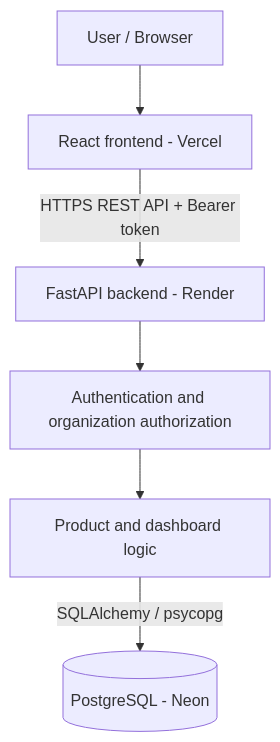
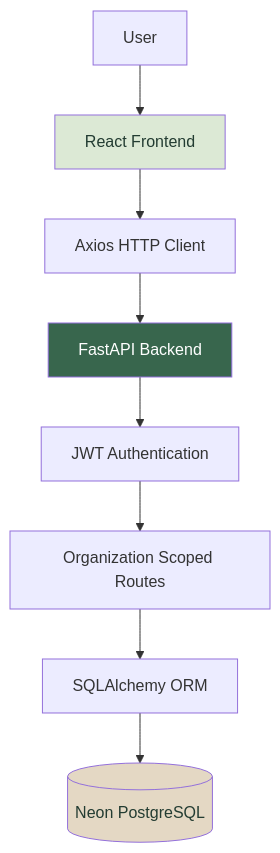
Before and after one commit to praneethareddy507/StockFlow: the first of 2 diagrams in README.md, drawn with Mermaid. The commit also changed other lines of this file, not shown here.

````diff
--- a/README.md
+++ b/README.md
@@ -36,8 +109,14 @@
 ```mermaid
 flowchart TD
-    U[User / Browser] --> F[React frontend - Vercel]
-    F -->|HTTPS REST API + Bearer token| B[FastAPI backend - Render]
-    B --> A[Authentication and organization authorization]
-    A --> R[Product and dashboard logic]
-    R -->|SQLAlchemy / psycopg| D[(PostgreSQL - Neon)]
+    A[User] --> B[React Frontend]
+    B --> C[Axios HTTP Client]
+    C --> D[FastAPI Backend]
+    D --> E[JWT Authentication]
+    E --> F[Organization Scoped Routes]
+    F --> G[SQLAlchemy ORM]
+    G --> H[(Neon PostgreSQL)]
+
+    style B fill:#DCE9D5,color:#233C32
+    style D fill:#38664D,color:#FFFFFF
+    style H fill:#E4D8C4,color:#233C32
 ```
````
